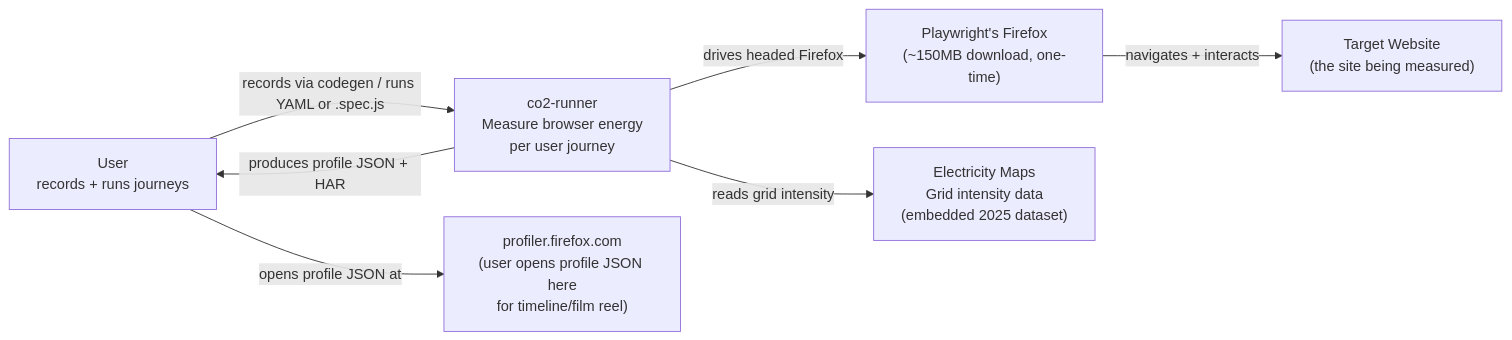
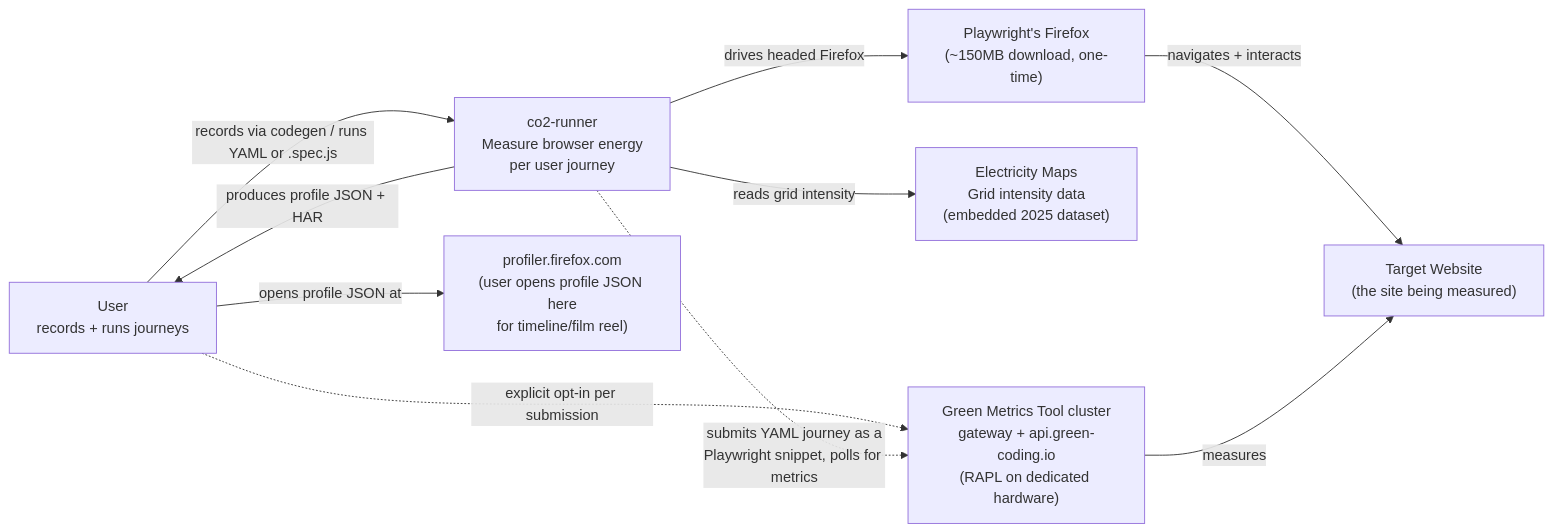
One commit to mrchrisadams/co2-runner changed the first of 14 diagrams in docs/architecture.md. Above: the diagram before and after it, drawn with Mermaid. The commit also changed other lines of this file and 2 other files, not shown here.

First line of the commit message:
Add ADR-007 and document GMT cluster submission

````diff
--- a/docs/architecture.md
+++ b/docs/architecture.md
@@ -29,16 +29,20 @@
 ```mermaid
 graph LR
     USER["User<br/>records + runs journeys"]
     CO2["co2-runner<br/>Measure browser energy<br/>per user journey"]
     FF["Playwright's Firefox<br/>(~150MB download, one-time)"]
     EM["Electricity Maps<br/>Grid intensity data<br/>(embedded 2025 dataset)"]
     SITE["Target Website<br/>(the site being measured)"]
     PROFILER["profiler.firefox.com<br/>(user opens profile JSON here<br/>for timeline/film reel)"]
+    GMT["Green Metrics Tool cluster<br/>gateway + api.green-coding.io<br/>(RAPL on dedicated hardware)"]
 
     USER -->|records via codegen / runs YAML or .spec.js| CO2
     CO2 -->|drives headed Firefox| FF
     FF -->|navigates + interacts| SITE
     CO2 -->|reads grid intensity| EM
     CO2 -->|produces profile JSON + HAR| USER
     USER -->|opens profile JSON at| PROFILER
+    USER -.->|explicit opt-in per submission| GMT
+    CO2 -.->|submits YAML journey as a<br/>Playwright snippet, polls for metrics| GMT
+    GMT -->|measures| SITE
 ```
````
